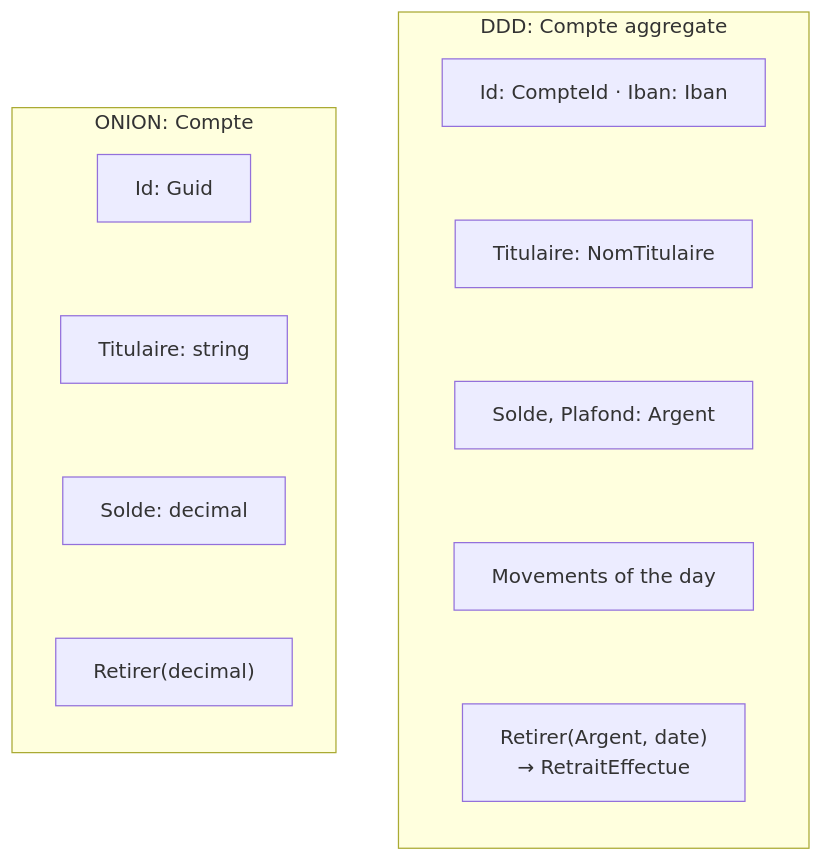
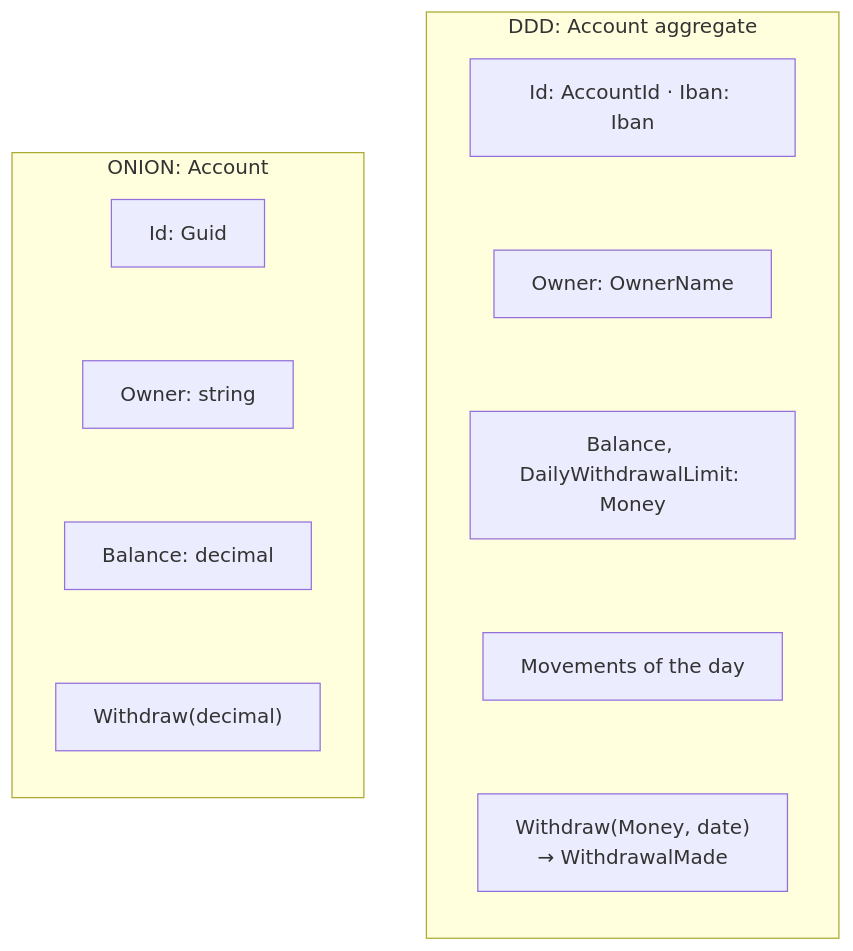
Before and after one commit to drangoht/ArchitecturesDemo: the diagram in Docs/en/differences/06-ddd-vs-hexagonale-onion.md, drawn with Mermaid. The commit also changed other lines of this file and 78 other files, not shown here.

First line of the commit message:
Docs EN : identifiants, liens, diagrammes et sorties alignés sur le code anglais

````diff
--- a/Docs/en/differences/06-ddd-vs-hexagonale-onion.md
+++ b/Docs/en/differences/06-ddd-vs-hexagonale-onion.md
@@ -36,21 +36,21 @@
 ```mermaid
 flowchart LR
-    subgraph O["ONION: Compte"]
+    subgraph O["ONION: Account"]
         direction TB
         O1["Id: Guid"]
-        O2["Titulaire: string"]
-        O3["Solde: decimal"]
-        O4["Retirer(decimal)"]
+        O2["Owner: string"]
+        O3["Balance: decimal"]
+        O4["Withdraw(decimal)"]
         O1 ~~~ O2 ~~~ O3 ~~~ O4
     end
-    subgraph D["DDD: Compte aggregate"]
+    subgraph D["DDD: Account aggregate"]
         direction TB
-        D1["Id: CompteId · Iban: Iban"]
-        D2["Titulaire: NomTitulaire"]
-        D3["Solde, Plafond: Argent"]
+        D1["Id: AccountId · Iban: Iban"]
+        D2["Owner: OwnerName"]
+        D3["Balance, DailyWithdrawalLimit: Money"]
         D4["Movements of the day"]
-        D5["Retirer(Argent, date)<br/>→ RetraitEffectue"]
+        D5["Withdraw(Money, date)<br/>→ WithdrawalMade"]
         D1 ~~~ D2 ~~~ D3 ~~~ D4 ~~~ D5
     end
     O ~~~ D
 ```
````
